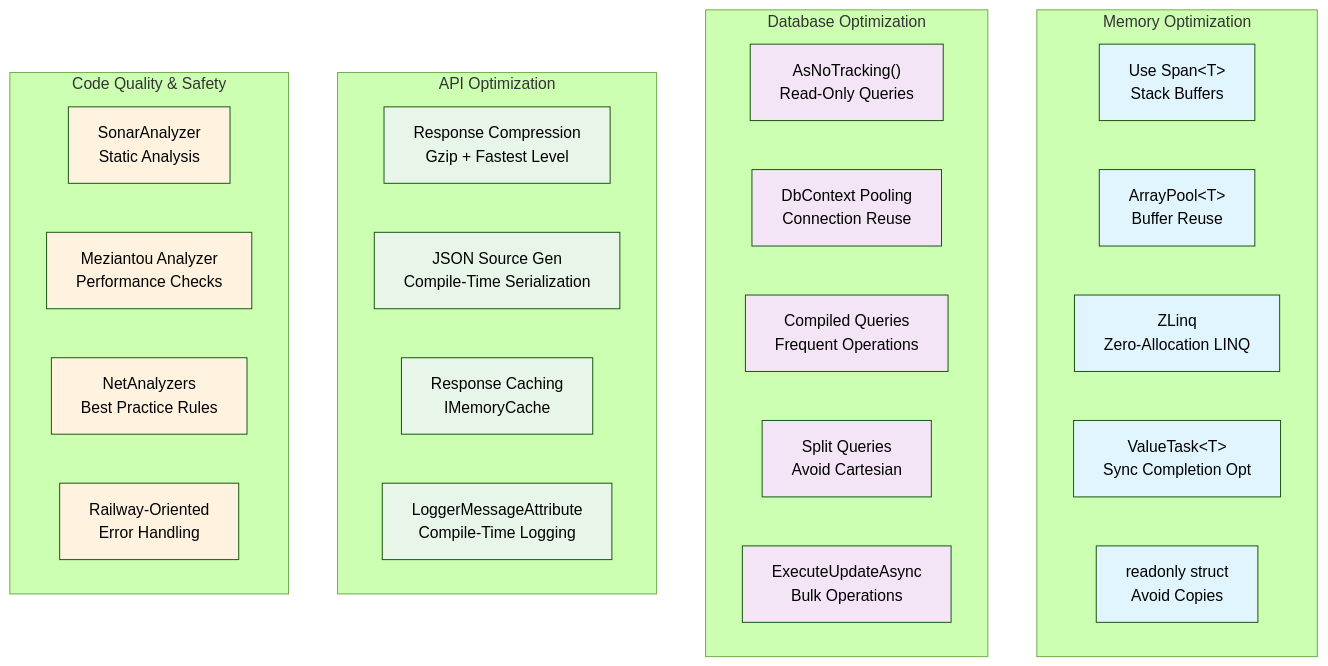
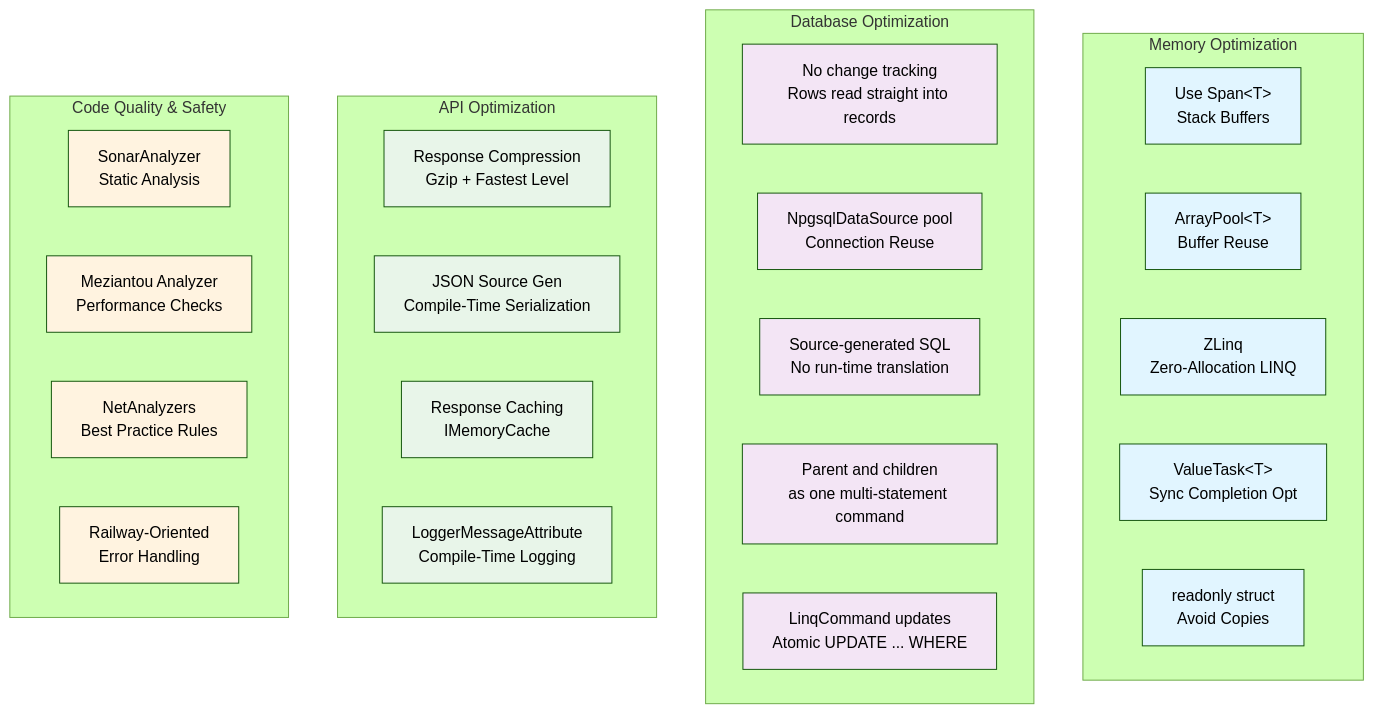
Diagram 13 of 24 in docs/architecture-diagrams.md (MarcelRoozekrans/Daedalus.NET), drawn with Mermaid (forest theme) before and after one commit. The commit also changed other lines of this file and 3 other files, not shown here.

````diff
--- a/docs/architecture-diagrams.md
+++ b/docs/architecture-diagrams.md
@@ -1037,51 +1039,51 @@
 ```mermaid
 graph TB
     subgraph "Memory Optimization"
         M1["Use Span&lt;T&gt;<br/>Stack Buffers"]
         M2["ArrayPool&lt;T&gt;<br/>Buffer Reuse"]
         M3["ZLinq<br/>Zero-Allocation LINQ"]
         M4["ValueTask&lt;T&gt;<br/>Sync Completion Opt"]
         M5["readonly struct<br/>Avoid Copies"]
     end
 
     subgraph "Database Optimization"
-        D1["AsNoTracking()<br/>Read-Only Queries"]
-        D2["DbContext Pooling<br/>Connection Reuse"]
-        D3["Compiled Queries<br/>Frequent Operations"]
-        D4["Split Queries<br/>Avoid Cartesian"]
-        D5["ExecuteUpdateAsync<br/>Bulk Operations"]
+        D1["No change tracking<br/>Rows read straight into records"]
+        D2["NpgsqlDataSource pool<br/>Connection Reuse"]
+        D3["Source-generated SQL<br/>No run-time translation"]
+        D4["Parent and children<br/>as one multi-statement command"]
+        D5["LinqCommand updates<br/>Atomic UPDATE ... WHERE"]
     end
 
     subgraph "API Optimization"
         A1["Response Compression<br/>Gzip + Fastest Level"]
         A2["JSON Source Gen<br/>Compile-Time Serialization"]
         A3["Response Caching<br/>IMemoryCache"]
         A4["LoggerMessageAttribute<br/>Compile-Time Logging"]
     end
 
     subgraph "Code Quality & Safety"
         C1["SonarAnalyzer<br/>Static Analysis"]
         C2["Meziantou Analyzer<br/>Performance Checks"]
         C3["NetAnalyzers<br/>Best Practice Rules"]
         C4["Railway-Oriented<br/>Error Handling"]
     end
 
     style M1 fill:#e1f5ff
     style M2 fill:#e1f5ff
     style M3 fill:#e1f5ff
     style M4 fill:#e1f5ff
     style M5 fill:#e1f5ff
     style D1 fill:#f3e5f5
     style D2 fill:#f3e5f5
     style D3 fill:#f3e5f5
     style D4 fill:#f3e5f5
     style D5 fill:#f3e5f5
     style A1 fill:#e8f5e9
     style A2 fill:#e8f5e9
     style A3 fill:#e8f5e9
     style A4 fill:#e8f5e9
     style C1 fill:#fff3e0
     style C2 fill:#fff3e0
     style C3 fill:#fff3e0
     style C4 fill:#fff3e0
 ```
````
